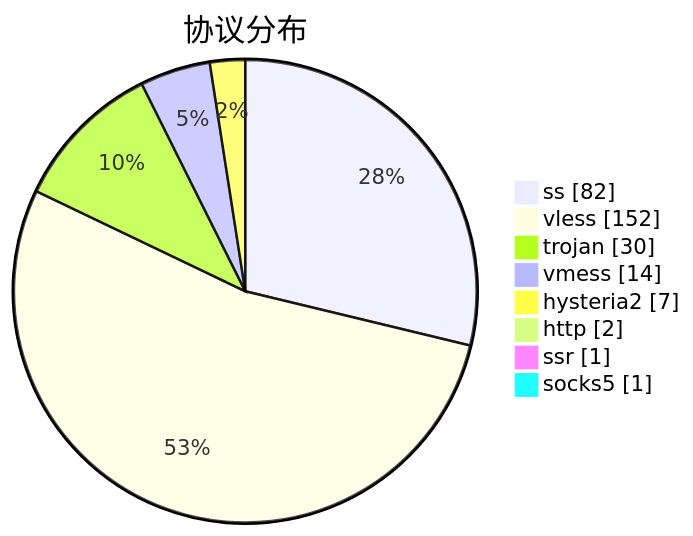
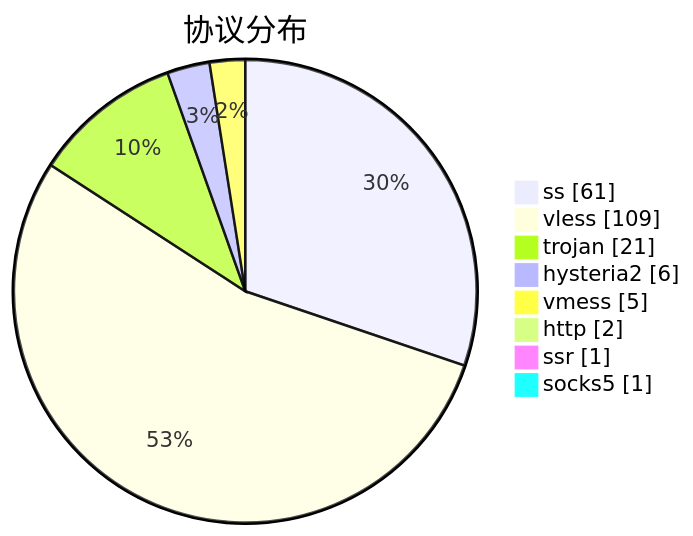
The third of 3 diagrams in subs/statistics/tested_within.md (sinspired/airport), drawn with Mermaid before and after one commit. The commit also changed other lines of this file and 2 other files, not shown here.

````diff
--- a/subs/statistics/tested_within.md
+++ b/subs/statistics/tested_within.md
@@ -40,12 +39,12 @@
 ```mermaid
 pie showData
 title 协议分布
-"ss" : 82
-"vless" : 152
-"trojan" : 30
-"vmess" : 14
-"hysteria2" : 7
+"ss" : 61
+"vless" : 109
+"trojan" : 21
+"hysteria2" : 6
+"vmess" : 5
 "http" : 2
 "ssr" : 1
 "socks5" : 1
 ```
````
